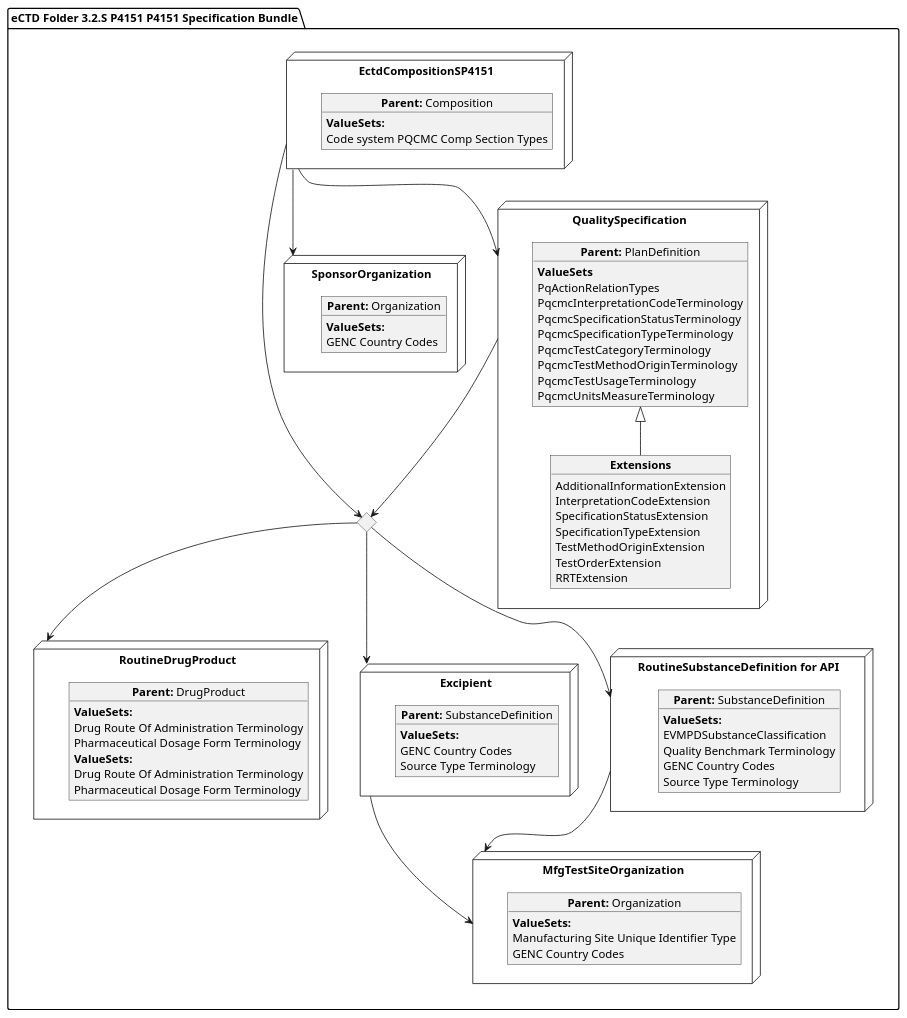
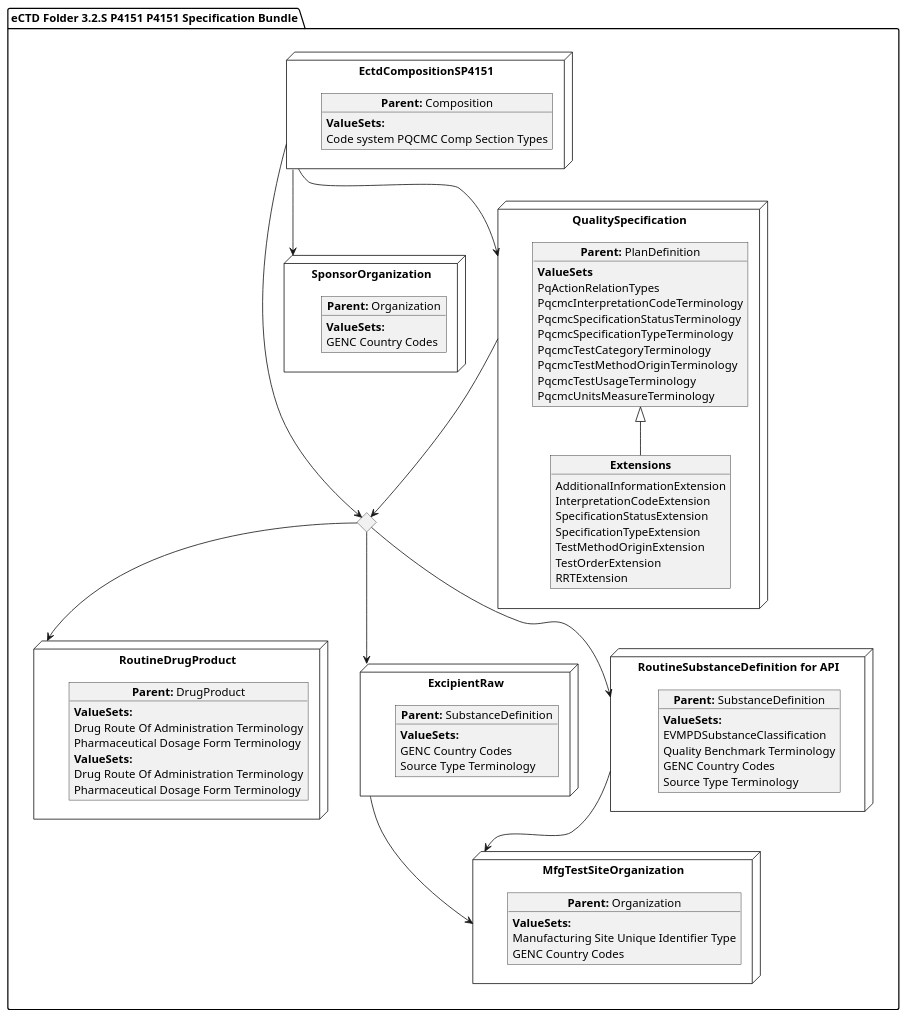
The diagram in input/images-source/Specification.plantuml (HL7/FHIR-us-pq-cmc-fda), drawn with PlantUML before and after one commit. The commit also changed 50 other files, not shown here.

```diff
--- a/input/images-source/Specification.plantuml
+++ b/input/images-source/Specification.plantuml
@@ -1,97 +1,97 @@
 @startuml
 allowmixing
 'Mixed model of use case and object
 package "eCTD Folder 3.2.S P4151 P4151 Specification Bundle" as NODES {
   
 
   node "RoutineDrugProduct" as NN { 
       object "**Parent:** DrugProduct" as obj3 {
         **ValueSets:**
         Drug Route Of Administration Terminology
         Pharmaceutical Dosage Form Terminology
           
       }
 }
-node "Excipient" as N21 { 
+node "ExcipientRaw" as N21 { 
       object "**Parent:** SubstanceDefinition" as obj22 {
         **ValueSets:**
           GENC Country Codes
           Source Type Terminology
     }
 }
 node "MfgTestSiteOrganization" as N21mfg { 
     object "**Parent:** Organization" as objTS  {
         **ValueSets:**
          Manufacturing Site Unique Identifier Type
          GENC Country Codes
     }
 }
 
 node "EctdCompositionSP4151" as N1 { 
       object "**Parent:** Composition" as obj1 {
       **ValueSets:**
   Code system PQCMC Comp Section Types
     }
  
 }
  node "RoutineSubstanceDefinition for API" as NNS { 
       object "**Parent:** SubstanceDefinition" as obj4 {
                 **ValueSets:**
                 EVMPDSubstanceClassification
                 Quality Benchmark Terminology
                 GENC Country Codes
                 Source Type Terminology
       }
 }
 node "SponsorOrganization" as NMSpon { 
       object "**Parent:** Organization" as objDP {
          **ValueSets:**
         GENC Country Codes
     }
 }
 
 node "RoutineDrugProduct" as NN { 
       object "**Parent:** DrugProduct" as obj3 {
         **ValueSets:**
         Drug Route Of Administration Terminology
         Pharmaceutical Dosage Form Terminology
           
       }
 }
 diamond CH
 
   node "QualitySpecification" as N2 { 
       object "**Parent:** PlanDefinition" as obj2 {
         **ValueSets**
         PqActionRelationTypes
         PqcmcInterpretationCodeTerminology
         PqcmcSpecificationStatusTerminology
         PqcmcSpecificationTypeTerminology
         PqcmcTestCategoryTerminology
         PqcmcTestMethodOriginTerminology
         PqcmcTestUsageTerminology
         PqcmcUnitsMeasureTerminology
     }
         object "**Extensions**" as objQSEx {
         AdditionalInformationExtension
         InterpretationCodeExtension
         SpecificationStatusExtension
         SpecificationTypeExtension
         TestMethodOriginExtension
         TestOrderExtension
         RRTExtension
     }
     obj2 <|-- objQSEx
 }
 
 N1 --> N2
 CH --> N21
 CH --> NNS
 CH --> NN
 N1 --> CH
 N21 --> N21mfg
 N2 --> CH
 N1 --> NMSpon
 NNS --> N21mfg
 }
 @enduml
```
